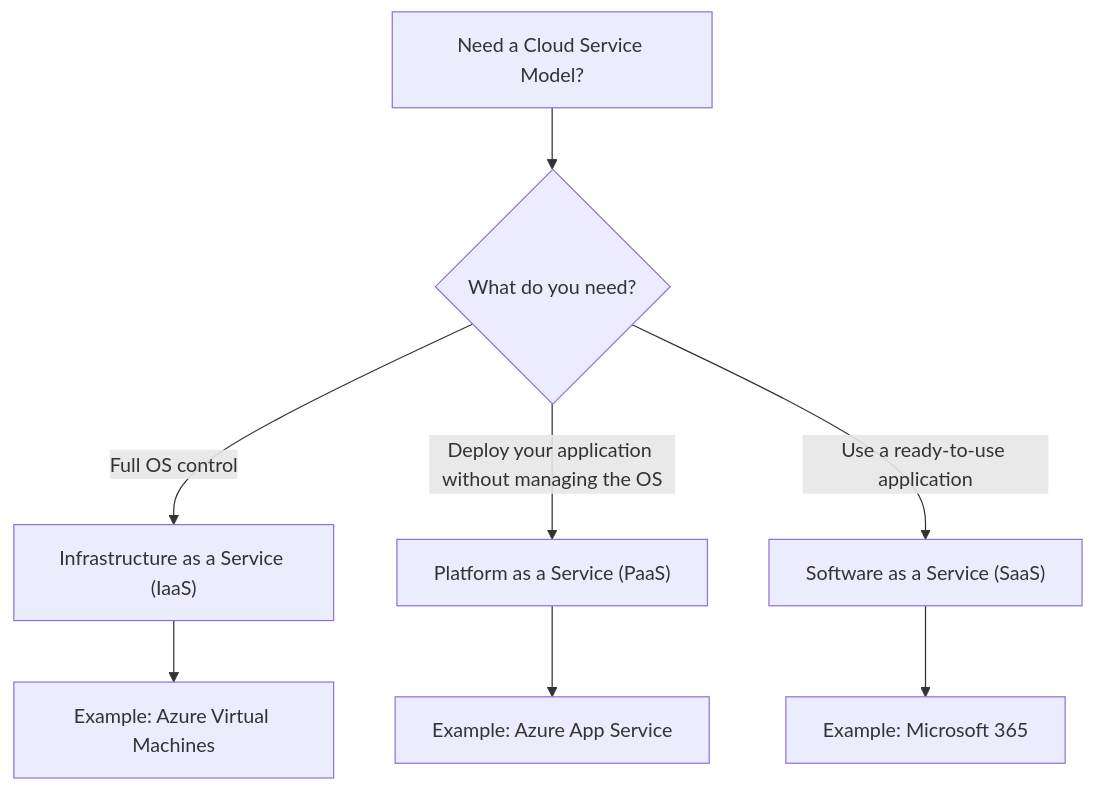
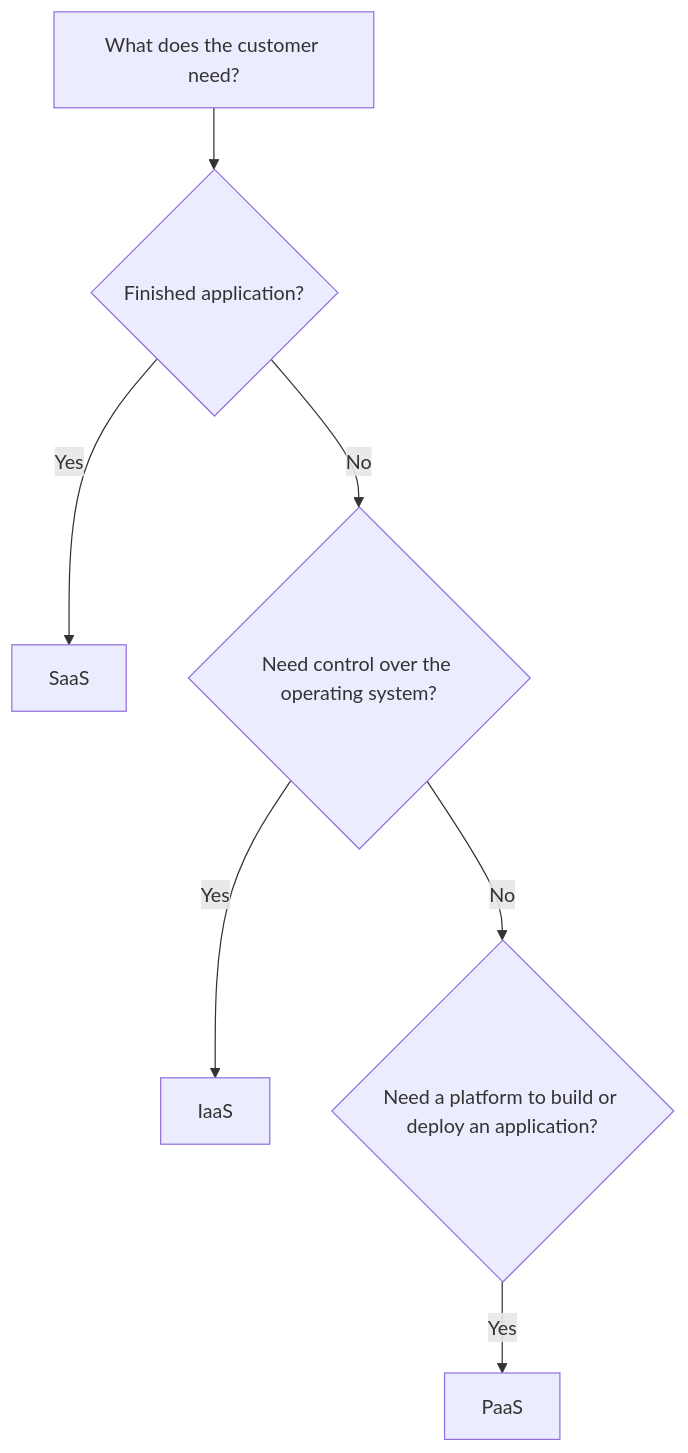
Before and after one commit to zhyordanova/azure-fundamentals-handbook: the diagram in exam/decision-trees/service-models-decision-tree.md, drawn with Mermaid. The commit also changed other lines of this file and 4 other files, not shown here.

````diff
--- a/exam/decision-trees/service-models-decision-tree.md
+++ b/exam/decision-trees/service-models-decision-tree.md
@@ -3,17 +5,13 @@
 ```mermaid
 flowchart TD
+    A["What does the customer need?"]
 
-    A["Need a Cloud Service Model?"] --> B{"What do you need?"}
+    A --> B{"Finished application?"}
+    B -->|Yes| SAAS["SaaS"]
+    B -->|No| C{"Need control over the operating system?"}
 
-    B -->|Full OS control| C["Infrastructure as a Service (IaaS)"]
+    C -->|Yes| IAAS["IaaS"]
+    C -->|No| D{"Need a platform to build or deploy an application?"}
 
-    B -->|Deploy your application without managing the OS| D["Platform as a Service (PaaS)"]
-
-    B -->|Use a ready-to-use application| E["Software as a Service (SaaS)"]
-
-    C --> F["Example: Azure Virtual Machines"]
-
-    D --> G["Example: Azure App Service"]
-
-    E --> H["Example: Microsoft 365"]
+    D -->|Yes| PAAS["PaaS"]
 ```
````
